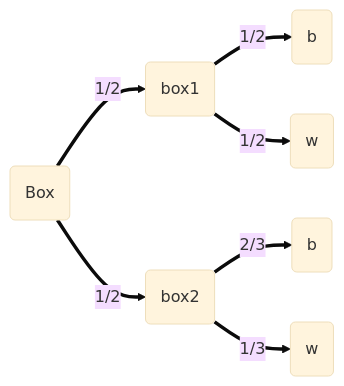
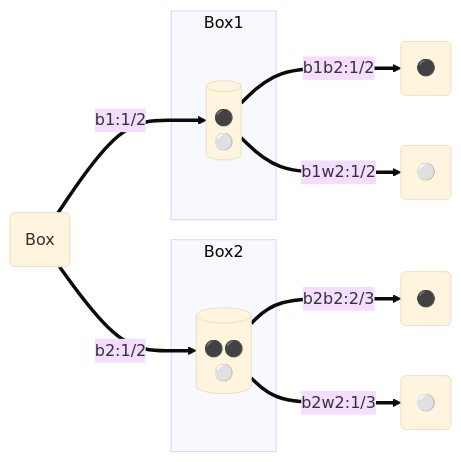
One commit to math4mad/conditional-prob-exercise changed the diagram in exercises/afcp-ex3.30.qmd. Above: the diagram before and after it, drawn with Mermaid (base theme). The commit also changed other lines of this file and 59 other files, not shown here.

````diff
--- a/exercises/afcp-ex3.30.qmd
+++ b/exercises/afcp-ex3.30.qmd
@@ -17,9 +21,16 @@
 ```{mermaid}
 flowchart LR
-    A(Box)==1/2==>B(box1)
-    A(Box)==1/2==>C(box2)
-    B(box1)==1/2==>D(b)
-    B(box1)==1/2==>E(w)
-    C(box2)==2/3==>F(b)
-    C(box2)==1/3==>G(w)
+    
+    A(Box)==b1:1/2==>box1[("⚫️\n⚪️")]
+    A(Box)==b2:1/2==>box2[("⚫️⚫️\n⚪️")]
+    subgraph Box1
+     box1
+    end
+    subgraph Box2
+     box2
+    end
+    box1==b1b2:1/2==>D("⚫️")
+    box1==b1w2:1/2==>E("⚪️")
+    box2==b2b2:2/3==>F("⚫️")
+    box2==b2w2:1/3==>G("⚪️")
 ```
````
